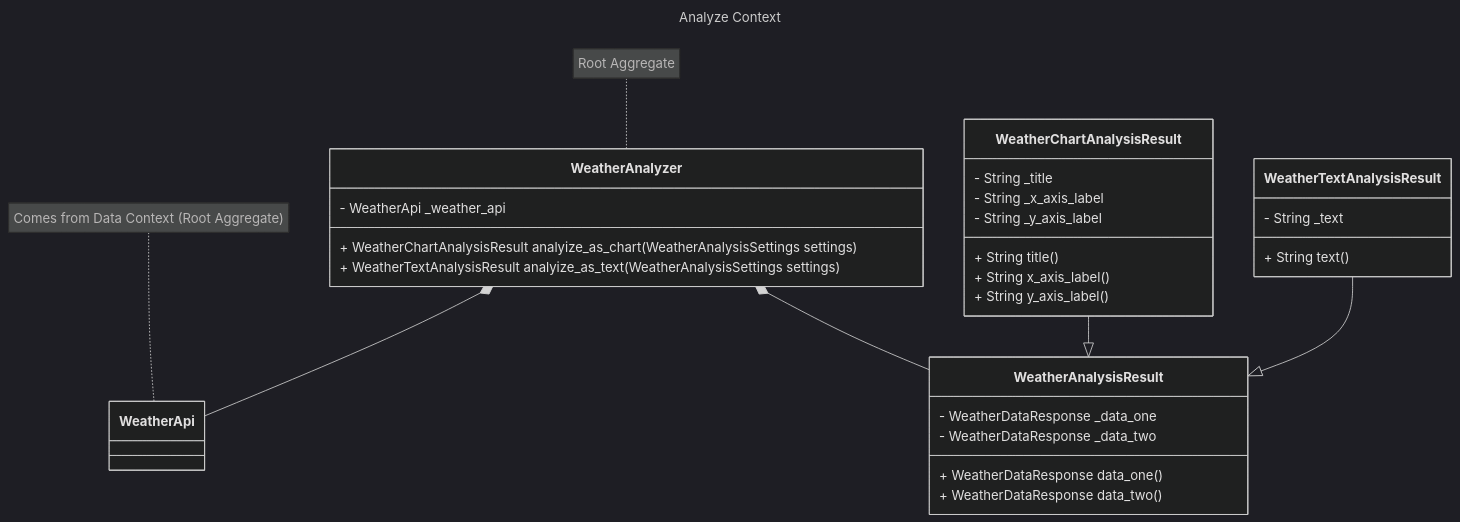
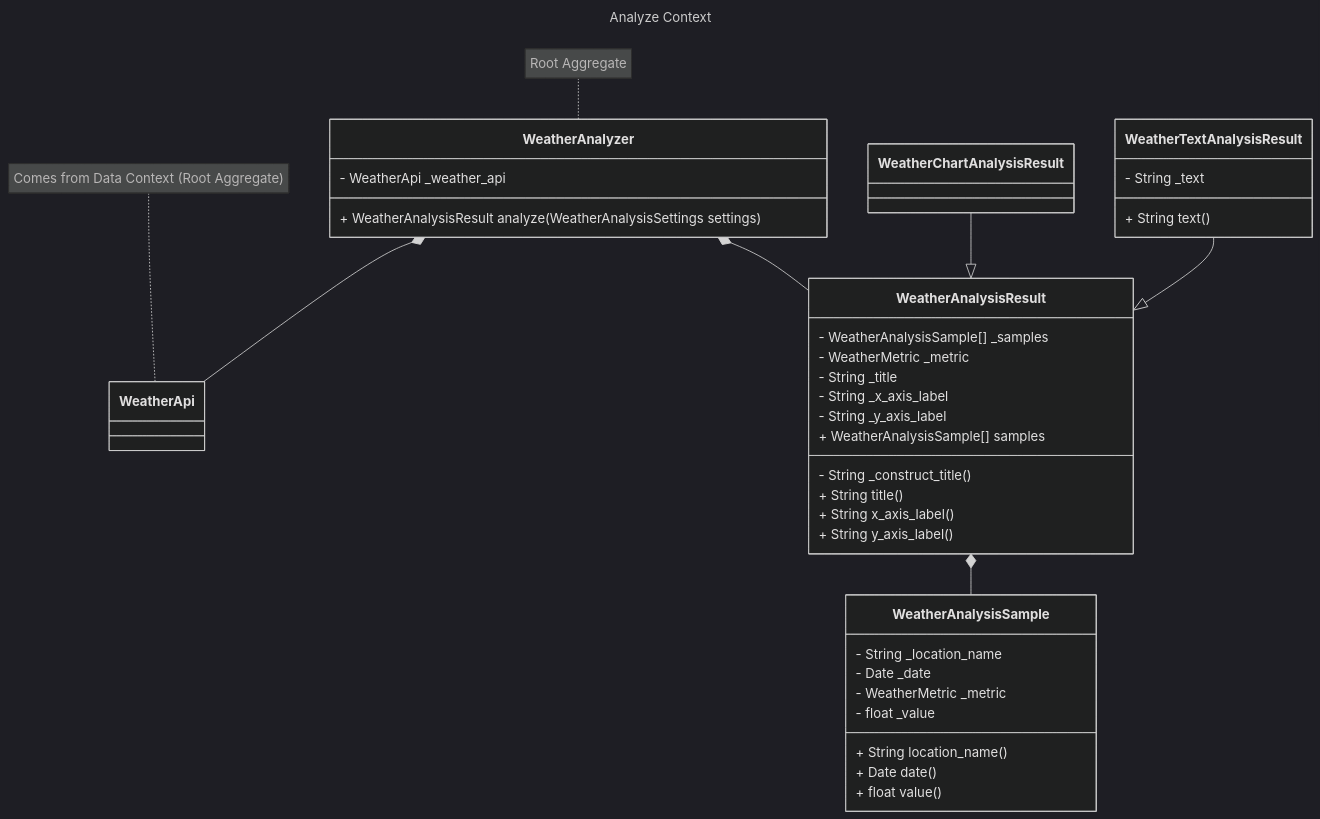
The second of 5 diagrams in doc/architecture.md (yhutter-dv/fhgr-tweather), drawn with Mermaid (dark theme) before and after one commit. The commit also changed other lines of this file and 5 other files, not shown here.

Commit message:
Update class diagram

````diff
--- a/doc/architecture.md
+++ b/doc/architecture.md
@@ -94,45 +94,56 @@
 ```mermaid
 ---
 title: Analyze Context
 ---
 classDiagram
 
     WeatherAnalyzer *-- WeatherApi
     WeatherAnalyzer *-- WeatherAnalysisResult
+    WeatherAnalysisResult *-- WeatherAnalysisSample
     WeatherChartAnalysisResult --|> WeatherAnalysisResult
     WeatherTextAnalysisResult --|> WeatherAnalysisResult
 
     note for WeatherApi "Comes from Data Context (Root Aggregate)"
     class WeatherApi {
         
     }
 
     note for WeatherAnalyzer "Root Aggregate"
     class WeatherAnalyzer {
         - WeatherApi _weather_api
-        + WeatherChartAnalysisResult analyize_as_chart(WeatherAnalysisSettings settings)
-        + WeatherTextAnalysisResult analyize_as_text(WeatherAnalysisSettings settings)
+        + WeatherAnalysisResult analyze(WeatherAnalysisSettings settings)
     }
 
     class WeatherAnalysisResult {
-        - WeatherDataResponse _data_one
-        - WeatherDataResponse _data_two
-        + WeatherDataResponse data_one()
-        + WeatherDataResponse data_two()
+        - WeatherAnalysisSample[] _samples
+        - WeatherMetric _metric
+        - String _title
+        - String _x_axis_label
+        - String _y_axis_label
+        - String _construct_title()
+        + String title()
+        + WeatherAnalysisSample[] samples
+        + String x_axis_label()
+        + String y_axis_label()
+    }
+
+    class WeatherAnalysisSample {
+        - String _location_name
+        - Date _date
+        - WeatherMetric _metric
+        - float _value
+        + String location_name()
+        + Date date()
+        + float value()
     }
 
     class WeatherChartAnalysisResult {
-        - String _title
-        - String _x_axis_label
-        - String _y_axis_label
-        + String title()
-        + String x_axis_label()
-        + String y_axis_label()
+        
     }
 
     class WeatherTextAnalysisResult {
         - String _text
         + String text()
     }
 
 ```
````
